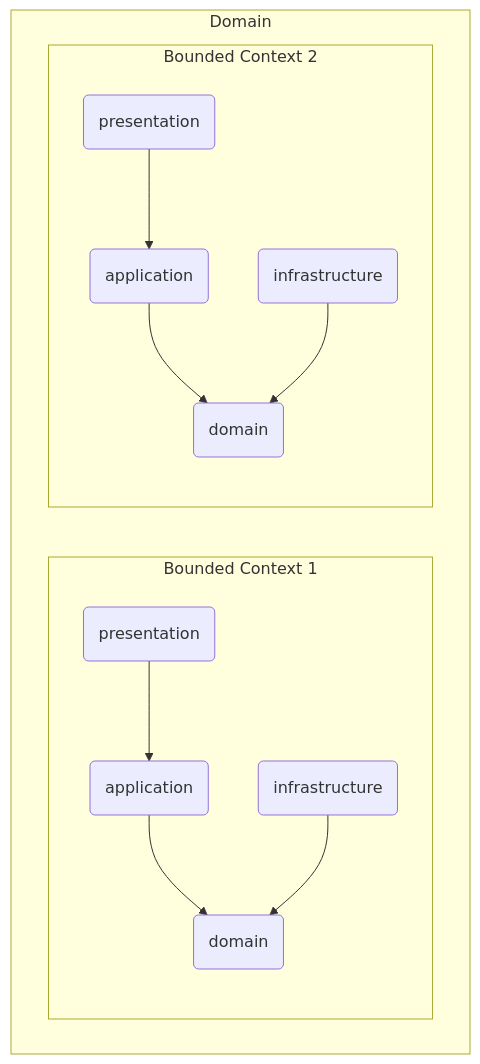
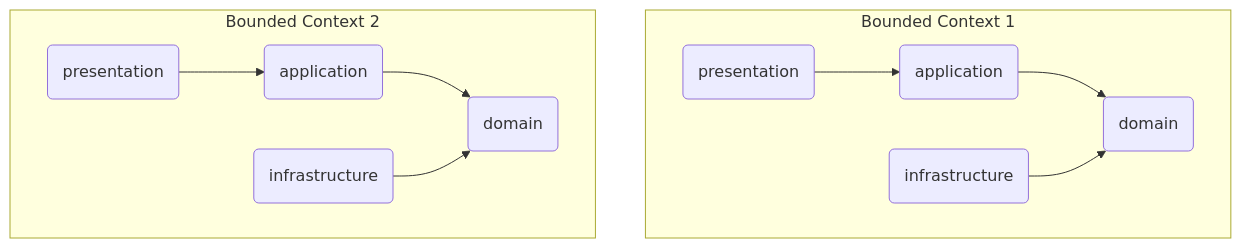
The first of 4 diagrams in README.md (Turnin-Dev/turnin-server), drawn with Mermaid before and after one commit. The commit also changed other lines of this file, not shown here.

````diff
--- a/README.md
+++ b/README.md
@@ -113,15 +120,13 @@
 ```mermaid
 flowchart TD
-    subgraph Domain
-        subgraph Bounded Context 1
-            p(presentation) --> a(application)
-            a --> d(domain)
-            i(infrastructure) --> d
-        end
-        subgraph Bounded Context 2
-            p2(presentation) --> a2(application)
-            a2 --> d2(domain)
-            i2(infrastructure) --> d2
-        end
+    subgraph Bounded Context 1
+        p(presentation) --> a(application)
+        a --> d(domain)
+        i(infrastructure) --> d
+    end
+    subgraph Bounded Context 2
+        p2(presentation) --> a2(application)
+        a2 --> d2(domain)
+        i2(infrastructure) --> d2
     end
 ```
````
